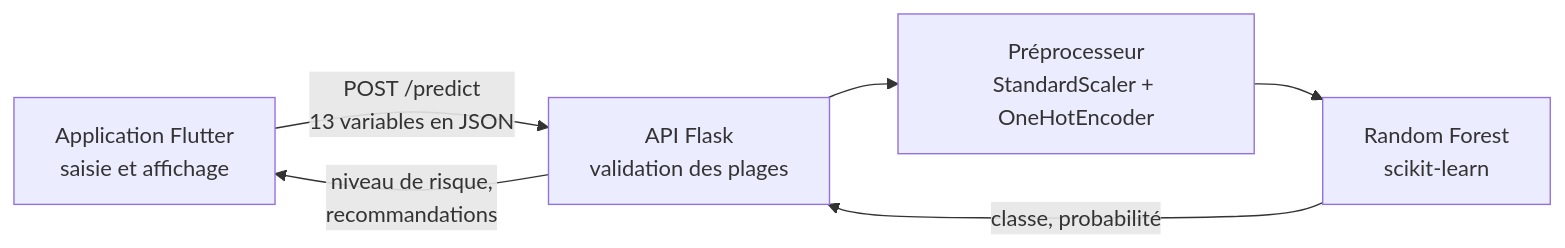
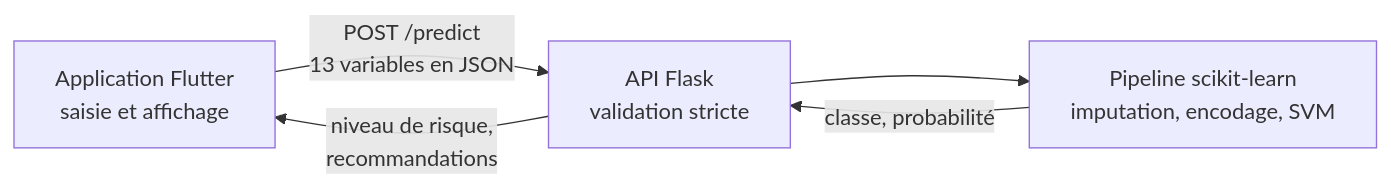
The diagram in README.md (Abdoul-wakilou/cardio_predict_mobile_app), drawn with Mermaid before and after one commit. The commit also changed other lines of this file, not shown here.

````diff
--- a/README.md
+++ b/README.md
@@ -41,8 +41,7 @@
 ```mermaid
 flowchart LR
-    A["Application Flutter<br/>saisie et affichage"] -- "POST /predict<br/>13 variables en JSON" --> B["API Flask<br/>validation des plages"]
-    B --> C["Préprocesseur<br/>StandardScaler + OneHotEncoder"]
-    C --> D["Random Forest<br/>scikit-learn"]
-    D -- "classe, probabilité" --> B
+    A["Application Flutter<br/>saisie et affichage"] -- "POST /predict<br/>13 variables en JSON" --> B["API Flask<br/>validation stricte"]
+    B --> C["Pipeline scikit-learn<br/>imputation, encodage, SVM"]
+    C -- "classe, probabilité" --> B
     B -- "niveau de risque,<br/>recommandations" --> A
 ```
````
